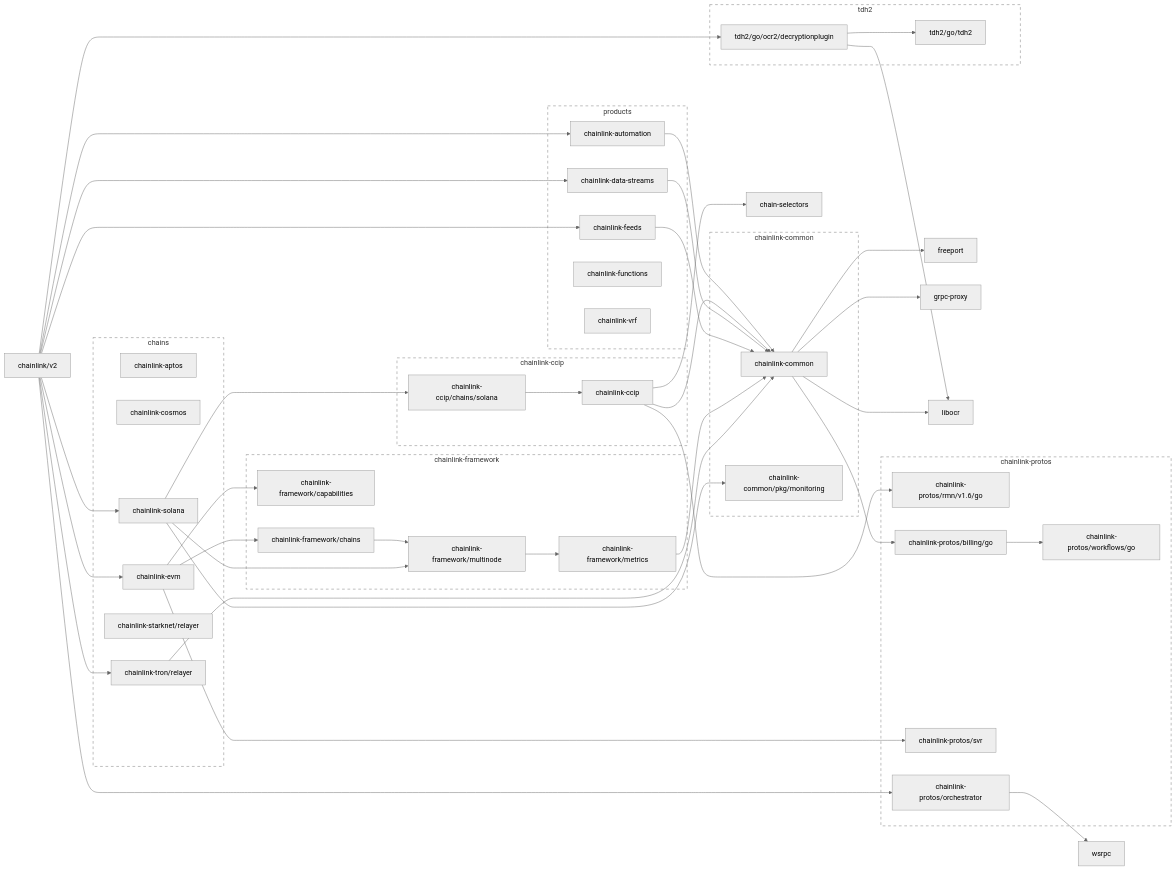
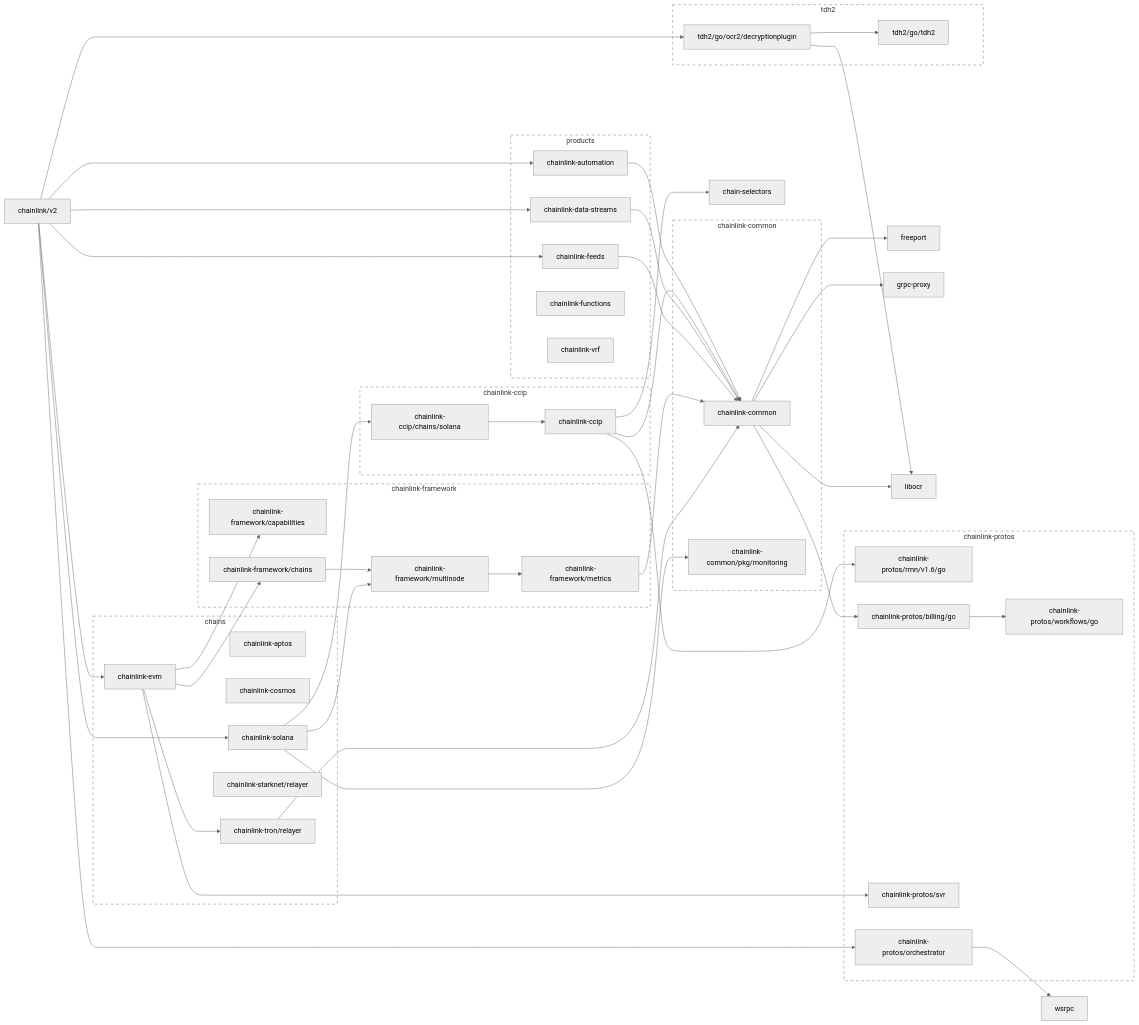
The first of 2 diagrams in go.md (JohnDaWalka/chainlink), drawn with Mermaid (neutral theme) before and after one commit. The commit also changed other lines of this file and 97 other files, not shown here.

First line of the commit message:
[CR-403] Use moved chains from the chainlink-evm repo. (#17947)

```diff
--- a/go.md
+++ b/go.md
@@ -44,6 +44,7 @@
 	chainlink-evm --> chainlink-framework/capabilities
 	chainlink-evm --> chainlink-framework/chains
 	chainlink-evm --> chainlink-protos/svr
+	chainlink-evm --> chainlink-tron/relayer
 	click chainlink-evm href "https://github.com/smartcontractkit/chainlink-evm"
 	chainlink-feeds --> chainlink-common
 	click chainlink-feeds href "https://github.com/smartcontractkit/chainlink-feeds"
@@ -77,7 +78,6 @@
 	chainlink/v2 --> chainlink-feeds
 	chainlink/v2 --> chainlink-protos/orchestrator
 	chainlink/v2 --> chainlink-solana
-	chainlink/v2 --> chainlink-tron/relayer
 	chainlink/v2 --> tdh2/go/ocr2/decryptionplugin
 	click chainlink/v2 href "https://github.com/smartcontractkit/chainlink"
 	freeport
```
